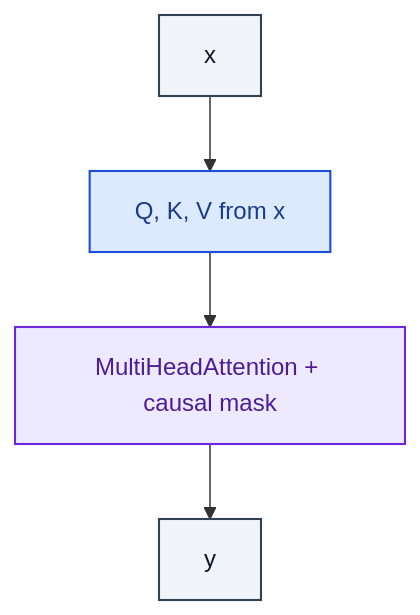
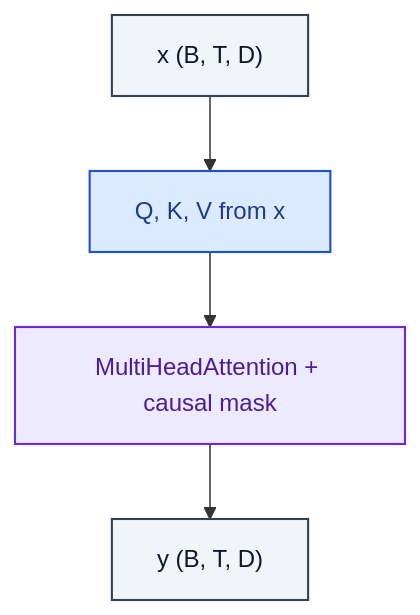
One commit to RealityShifts/Srivastava-book-of-Blocks-diagrams changed the diagram in attention/CausalSelfAttention.md. Above: the diagram before and after it, drawn with Mermaid. The commit also changed 123 other files, not shown here.

````diff
--- a/attention/CausalSelfAttention.md
+++ b/attention/CausalSelfAttention.md
@@ -7,19 +7,20 @@
 ```mermaid
 flowchart TD
-    n0_0["x"]:::io
+    n0_0["x  (B, T, D)"]:::io
     n1_0["Q, K, V from x"]:::op
     n2_0["MultiHeadAttention + causal mask"]:::attn
-    n3_0["y"]:::io
+    n3_0["y  (B, T, D)"]:::io
     n0_0 --> n1_0
     n1_0 --> n2_0
     n2_0 --> n3_0
     classDef io fill:#f1f5f9,stroke:#334155,stroke-width:1.4px,color:#0f172a
     classDef op fill:#dbeafe,stroke:#1d4ed8,stroke-width:1.4px,color:#1e3a8a
     classDef norm fill:#dcfce7,stroke:#15803d,stroke-width:1.4px,color:#14532d
     classDef act fill:#ffedd5,stroke:#c2410c,stroke-width:1.4px,color:#7c2d12
     classDef attn fill:#ede9fe,stroke:#6d28d9,stroke-width:1.4px,color:#4c1d95
     classDef merge fill:#fef3c7,stroke:#b45309,stroke-width:1.4px,color:#78350f
     classDef emb fill:#fef9c3,stroke:#a16207,stroke-width:1.4px,color:#713f12
     classDef loss fill:#fee2e2,stroke:#b91c1c,stroke-width:1.4px,color:#7f1d1d
     classDef ctrl fill:#f5f5f4,stroke:#52525b,stroke-width:1.4px,color:#27272a
+    classDef ref fill:#e0f2fe,stroke:#0369a1,stroke-width:2px,color:#0c4a6e,stroke-dasharray: 4 2
 ```
````
